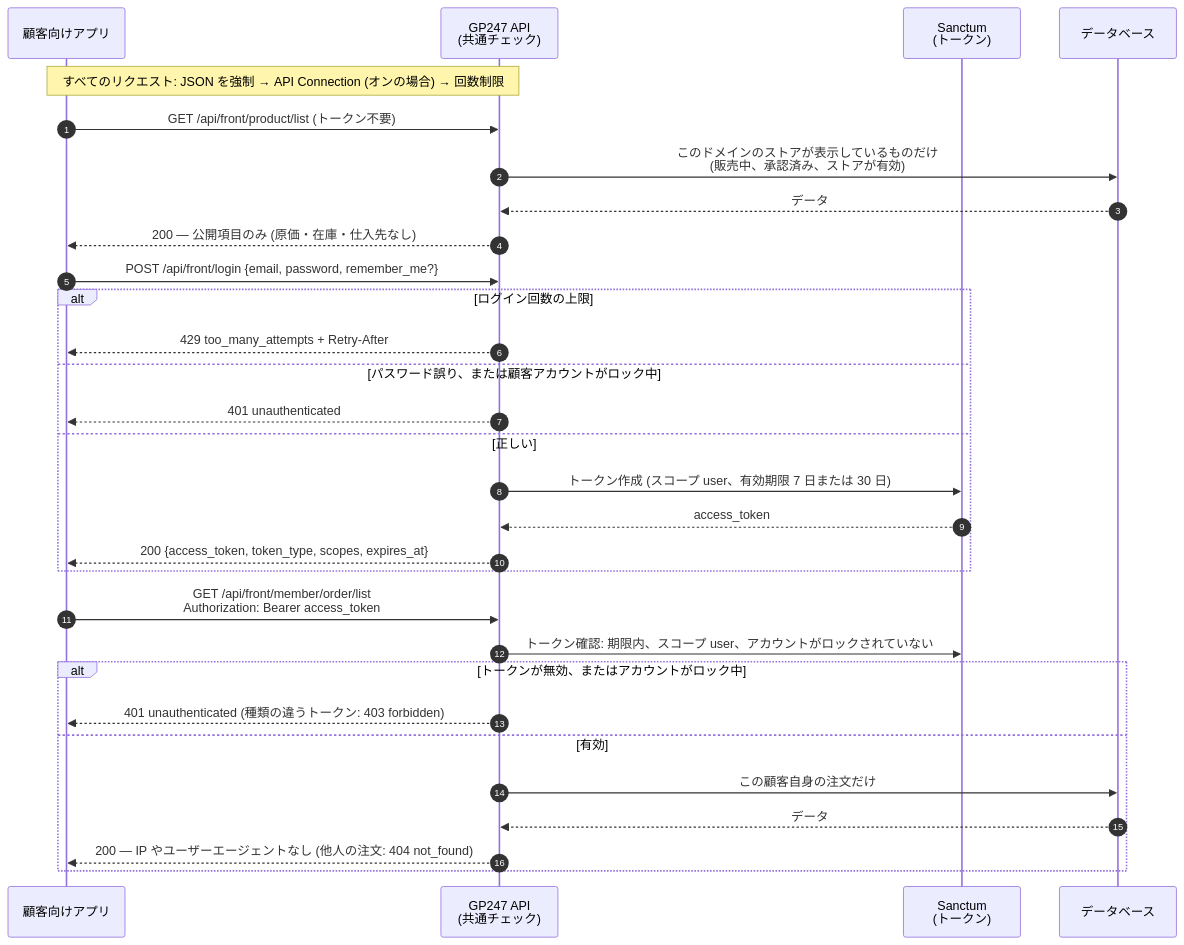
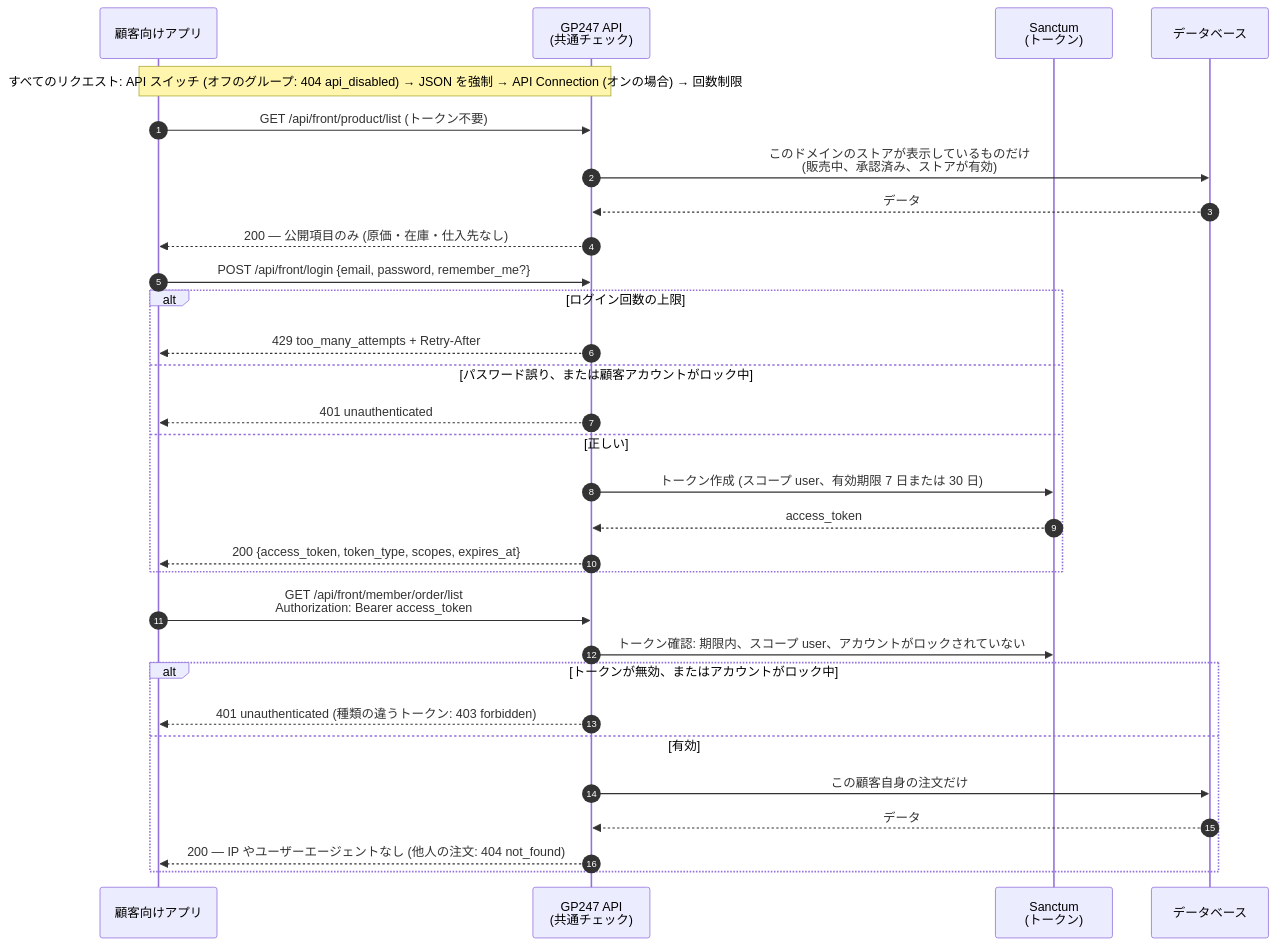
The second of 2 diagrams in api/api-introduction_ja.md (gp247net/gp247-docs), drawn with Mermaid before and after one commit. The commit also changed other lines of this file and 6 other files, not shown here.

````diff
--- a/api/api-introduction_ja.md
+++ b/api/api-introduction_ja.md
@@ -282,32 +293,32 @@
 ```mermaid
 sequenceDiagram
     autonumber
     participant K as 顧客向けアプリ
     participant M as GP247 API<br/>(共通チェック)
     participant S as Sanctum<br/>(トークン)
     participant D as データベース
-    Note over K,M: すべてのリクエスト: JSON を強制 → API Connection (オンの場合) → 回数制限
+    Note over K,M: すべてのリクエスト: API スイッチ (オフのグループ: 404 api_disabled) → JSON を強制 → API Connection (オンの場合) → 回数制限
     K->>M: GET /api/front/product/list (トークン不要)
     M->>D: このドメインのストアが表示しているものだけ<br/>(販売中、承認済み、ストアが有効)
     D-->>M: データ
     M-->>K: 200 — 公開項目のみ (原価・在庫・仕入先なし)
     K->>M: POST /api/front/login {email, password, remember_me?}
     alt ログイン回数の上限
         M-->>K: 429 too_many_attempts + Retry-After
     else パスワード誤り、または顧客アカウントがロック中
         M-->>K: 401 unauthenticated
     else 正しい
         M->>S: トークン作成 (スコープ user、有効期限 7 日または 30 日)
         S-->>M: access_token
         M-->>K: 200 {access_token, token_type, scopes, expires_at}
     end
     K->>M: GET /api/front/member/order/list<br/>Authorization: Bearer access_token
     M->>S: トークン確認: 期限内、スコープ user、アカウントがロックされていない
     alt トークンが無効、またはアカウントがロック中
         M-->>K: 401 unauthenticated (種類の違うトークン: 403 forbidden)
     else 有効
         M->>D: この顧客自身の注文だけ
         D-->>M: データ
         M-->>K: 200 — IP やユーザーエージェントなし (他人の注文: 404 not_found)
     end
 ```
````
